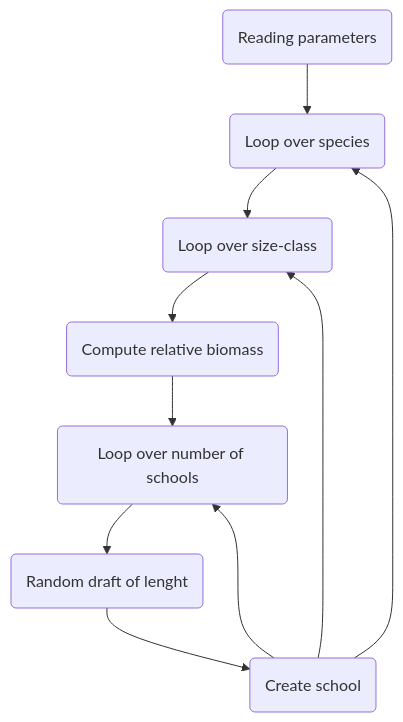
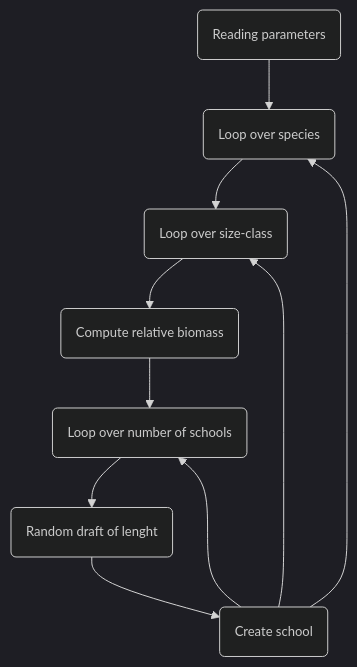
The diagram in doc/odd_des/_static/mermaid/init_biomass.qmd (osmose-model/osmose), drawn with Mermaid before and after one commit. The commit also changed 1 other file, not shown here.

````diff
--- a/doc/odd_des/_static/mermaid/init_biomass.qmd
+++ b/doc/odd_des/_static/mermaid/init_biomass.qmd
@@ -1,14 +1,16 @@
 ```{mermaid}
+
+%%{init: {'theme': 'dark', 'themeVariables': { 'fontSize': '13px'}}}%%
+
 graph TD;
 
-    id0(Reading parameters) --> id1
-    id1(Loop over species) --> id2(Loop over size-class)
-    id2 --> id3(Compute relative biomass)
-    id3 --> id4(Loop over number of schools)
-    id4 --> id5(Random draft of lenght)
-    id5 --> id6(Create school)
+    id0("Reading parameters") --> id1
+    id1("Loop over species") --> id2("Loop over size-class")
+    id2 --> id3("Compute relative biomass")
+    id3 --> id4("Loop over number of schools")
+    id4 --> id5("Random draft of lenght")
+    id5 --> id6("Create school")
     id6 --> id4
-
     id6 --> id2
     id6 --> id1
 ```
````
